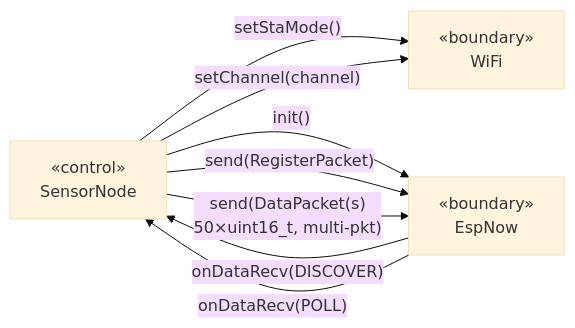
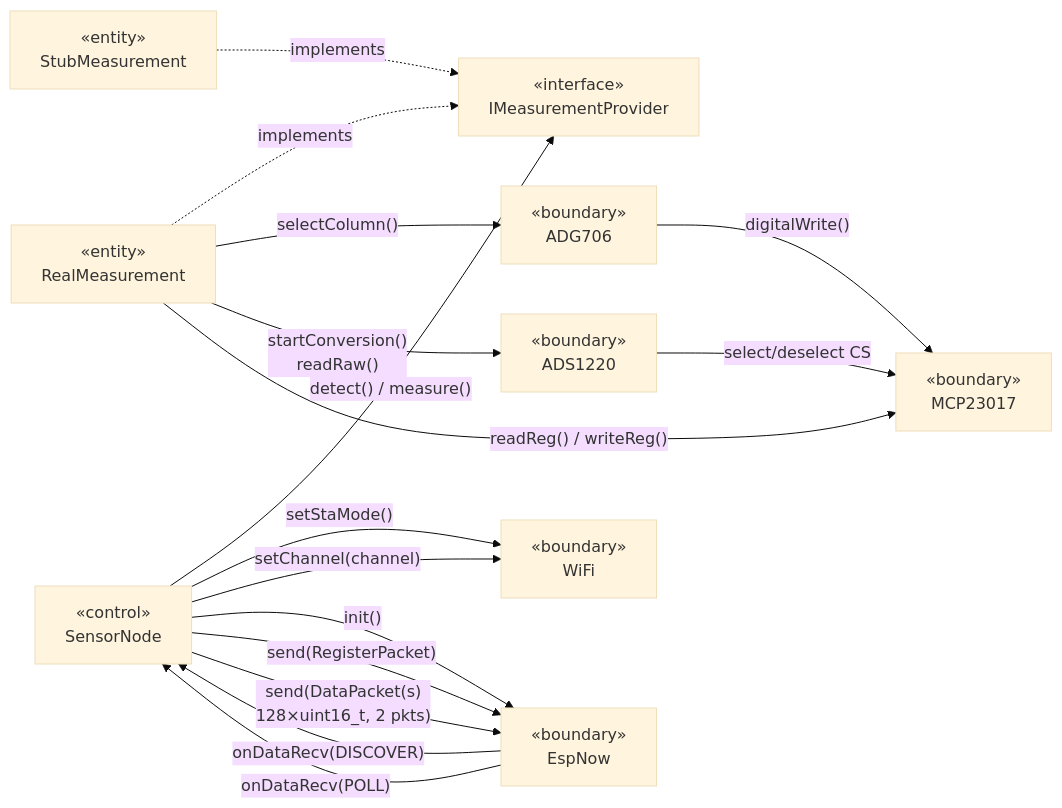
Before and after one commit to nepbuur1/godmode_sensorgrid: the diagram in apps/sensorgrid_v5/sensor_v5/doc/mermaid/sensor_v5_object_model.mmd, drawn with Mermaid (base theme). The commit also changed 18 other files, not shown here.

```diff
--- a/apps/sensorgrid_v5/sensor_v5/doc/mermaid/sensor_v5_object_model.mmd
+++ b/apps/sensorgrid_v5/sensor_v5/doc/mermaid/sensor_v5_object_model.mmd
@@ -1,16 +1,37 @@
 graph LR
     SensorNode["&laquo;control&raquo;
 SensorNode"]
+    IMeasurementProvider["&laquo;interface&raquo;
+IMeasurementProvider"]
+    StubMeasurement["&laquo;entity&raquo;
+StubMeasurement"]
+    RealMeasurement["&laquo;entity&raquo;
+RealMeasurement"]
+    MCP23017["&laquo;boundary&raquo;
+MCP23017"]
+    ADG706["&laquo;boundary&raquo;
+ADG706"]
+    ADS1220["&laquo;boundary&raquo;
+ADS1220"]
     WiFi["&laquo;boundary&raquo;
 WiFi"]
     EspNow["&laquo;boundary&raquo;
 EspNow"]
 
+    SensorNode -- "detect() / measure()" --> IMeasurementProvider
+    StubMeasurement -. "implements" .-> IMeasurementProvider
+    RealMeasurement -. "implements" .-> IMeasurementProvider
+    RealMeasurement -- "selectColumn()" --> ADG706
+    RealMeasurement -- "startConversion()
+readRaw()" --> ADS1220
+    RealMeasurement -- "readReg() / writeReg()" --> MCP23017
+    ADG706 -- "digitalWrite()" --> MCP23017
+    ADS1220 -- "select/deselect CS" --> MCP23017
     SensorNode -- "setStaMode()" --> WiFi
     SensorNode -- "setChannel(channel)" --> WiFi
     SensorNode -- "init()" --> EspNow
     EspNow -- "onDataRecv(DISCOVER)" --> SensorNode
     SensorNode -- "send(RegisterPacket)" --> EspNow
     EspNow -- "onDataRecv(POLL)" --> SensorNode
     SensorNode -- "send(DataPacket(s)
-50×uint16_t, multi-pkt)" --> EspNow
+128×uint16_t, 2 pkts)" --> EspNow
```
